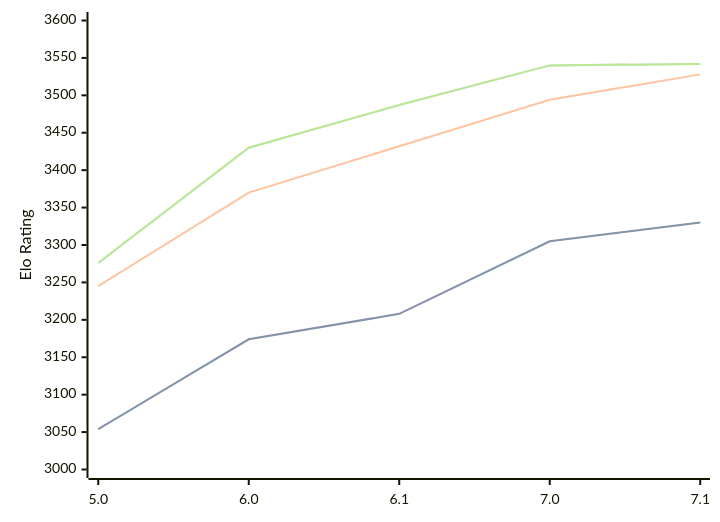
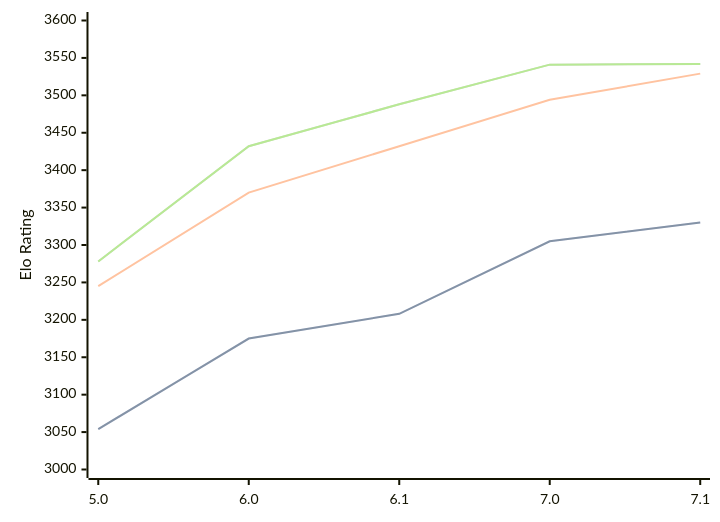
One commit to computer-chess-index/cci changed the diagram in engines/PZChessBot.md. Above: the diagram before and after it, drawn with Mermaid. The commit also changed other lines of this file, not shown here.

Commit message:
Update CCI Ratings (ELO VLTC) - 2026-10-02

````diff
--- a/engines/PZChessBot.md
+++ b/engines/PZChessBot.md
@@ -35,11 +35,11 @@
 ```mermaid
 %%{init: {"theme":"base","themeVariables":{"seriesColors:['#a3a3a3','#222221','#faa371']}}}%%
 xychart-beta
   x-axis ["5.0", "6.0", "6.1", "7.0", "7.1"]
   y-axis "Elo Rating" 3000 --> 3600
-  line "" [3054, 3174, 3208, 3305, 3330]
-  line "STC (8.0+0.08s)" [3054, 3174, 3208, 3305, 3330]
-  line "LTC (60.0+0.60s)" [3245, 3370, 3432, 3494, 3528]
-  line "" [3276, 3430, 3487, 3540, 3542]
-  line "VLTC (2m24s+1.12s)" [3276, 3430, 3487, 3540, 3542]
+  line "" [3054, 3175, 3208, 3305, 3330]
+  line "STC (8.0+0.08s)" [3054, 3175, 3208, 3305, 3330]
+  line "LTC (60.0+0.60s)" [3245, 3370, 3432, 3494, 3529]
+  line "" [3278, 3432, 3488, 3541, 3542]
+  line "VLTC (2m24s+1.12s)" [3278, 3432, 3488, 3541, 3542]
 ```
````
